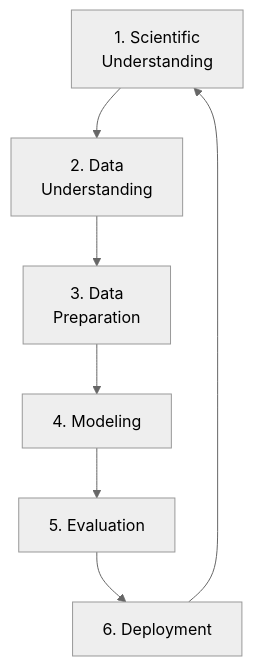
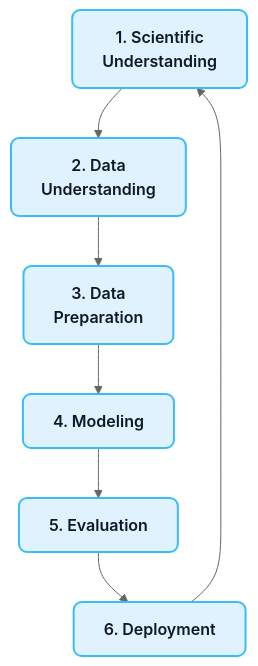
Before and after one commit to ECLIPSE-Lab/public_presentations: the fourth of 5 diagrams in ml_for_characterization_and_processing/unit01_intro/01_intro.qmd, drawn with Mermaid (neutral theme). The commit also changed other lines of this file and 64 other files, not shown here.

````diff
--- a/ml_for_characterization_and_processing/unit01_intro/01_intro.qmd
+++ b/ml_for_characterization_and_processing/unit01_intro/01_intro.qmd
@@ -706,9 +603,15 @@
 ```{mermaid}
-graph TD
-    BU["1. Scientific<br>Understanding"] --> DU["2. Data<br>Understanding"]
-    DU --> DP["3. Data<br>Preparation"]
-    DP --> M["4. Modeling"]
-    M --> E["5. Evaluation"]
-    E --> D["6. Deployment"]
+%%| echo: false
+%%| fig-align: center
+flowchart TD
+    %% Styling
+    classDef default fill:#f8fafc,stroke:#cbd5e1,stroke-width:2px,color:#334155,rx:8px,ry:8px,font-family:Inter;
+    classDef step fill:#e0f2fe,stroke:#38bdf8,stroke-width:2px,color:#0f172a,rx:8px,ry:8px,font-family:Inter,font-weight:600;
+
+    BU["1. Scientific<br>Understanding"]:::step --> DU["2. Data<br>Understanding"]:::step
+    DU --> DP["3. Data<br>Preparation"]:::step
+    DP --> M["4. Modeling"]:::step
+    M --> E["5. Evaluation"]:::step
+    E --> D["6. Deployment"]:::step
     D --> BU
 ```
````
